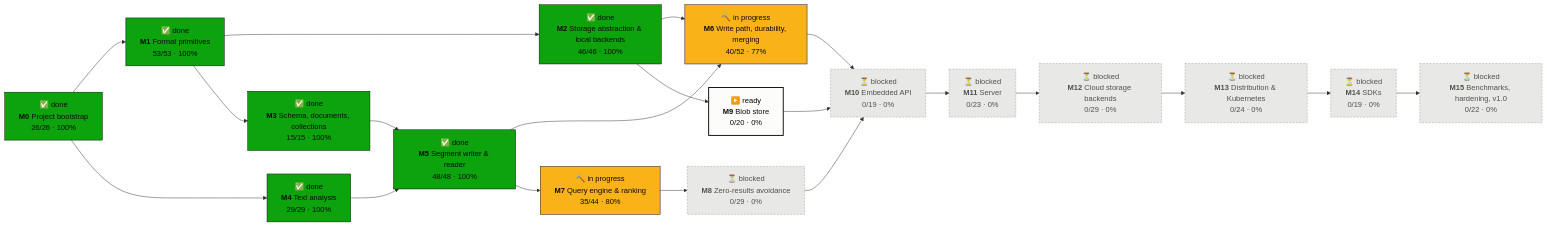
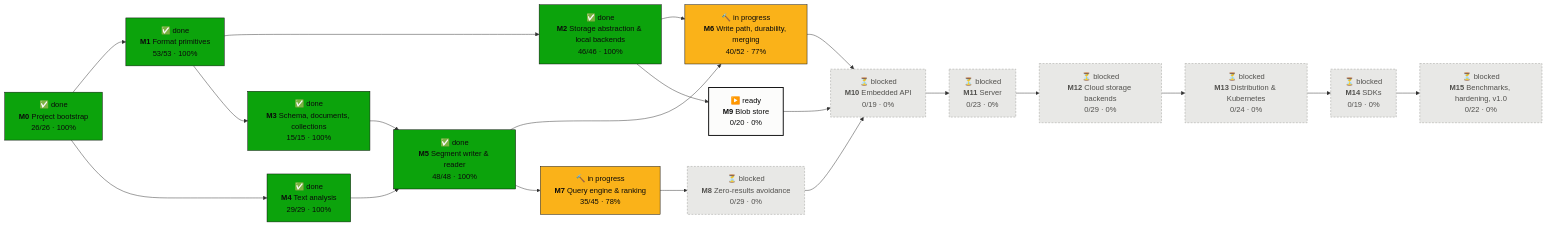
The first of 2 diagrams in PROGRESS.md (tomiok/persiaDB), drawn with Mermaid before and after one commit. The commit also changed other lines of this file and 5 other files, not shown here.

````diff
--- a/PROGRESS.md
+++ b/PROGRESS.md
@@ -16,42 +16,42 @@
 ```mermaid
 flowchart LR
   M0["✅ done<br/><b>M0</b> Project bootstrap<br/>26/26 · 100%"]:::done
   M1["✅ done<br/><b>M1</b> Format primitives<br/>53/53 · 100%"]:::done
   M2["✅ done<br/><b>M2</b> Storage abstraction & local backends<br/>46/46 · 100%"]:::done
   M3["✅ done<br/><b>M3</b> Schema, documents, collections<br/>15/15 · 100%"]:::done
   M4["✅ done<br/><b>M4</b> Text analysis<br/>29/29 · 100%"]:::done
   M5["✅ done<br/><b>M5</b> Segment writer & reader<br/>48/48 · 100%"]:::done
   M6["🔨 in progress<br/><b>M6</b> Write path, durability, merging<br/>40/52 · 77%"]:::doing
-  M7["🔨 in progress<br/><b>M7</b> Query engine & ranking<br/>35/44 · 80%"]:::doing
+  M7["🔨 in progress<br/><b>M7</b> Query engine & ranking<br/>35/45 · 78%"]:::doing
   M8["⏳ blocked<br/><b>M8</b> Zero-results avoidance<br/>0/29 · 0%"]:::blocked
   M9["▶️ ready<br/><b>M9</b> Blob store<br/>0/20 · 0%"]:::ready
   M10["⏳ blocked<br/><b>M10</b> Embedded API<br/>0/19 · 0%"]:::blocked
   M11["⏳ blocked<br/><b>M11</b> Server<br/>0/23 · 0%"]:::blocked
   M12["⏳ blocked<br/><b>M12</b> Cloud storage backends<br/>0/29 · 0%"]:::blocked
   M13["⏳ blocked<br/><b>M13</b> Distribution & Kubernetes<br/>0/24 · 0%"]:::blocked
   M14["⏳ blocked<br/><b>M14</b> SDKs<br/>0/19 · 0%"]:::blocked
   M15["⏳ blocked<br/><b>M15</b> Benchmarks, hardening, v1.0<br/>0/22 · 0%"]:::blocked
   M0 --> M1
   M1 --> M2
   M1 --> M3
   M0 --> M4
   M3 --> M5
   M4 --> M5
   M2 --> M6
   M5 --> M6
   M5 --> M7
   M7 --> M8
   M2 --> M9
   M6 --> M10
   M8 --> M10
   M9 --> M10
   M10 --> M11
   M11 --> M12
   M12 --> M13
   M13 --> M14
   M14 --> M15
   classDef done fill:#0ca30c,stroke:#0b0b0b,color:#0b0b0b
   classDef doing fill:#fab219,stroke:#0b0b0b,color:#0b0b0b
   classDef ready fill:#fcfcfb,stroke:#0b0b0b,stroke-width:2px,color:#0b0b0b
   classDef blocked fill:#e8e8e6,stroke:#9a9a96,stroke-dasharray:4 3,color:#52514e
 ```
````
